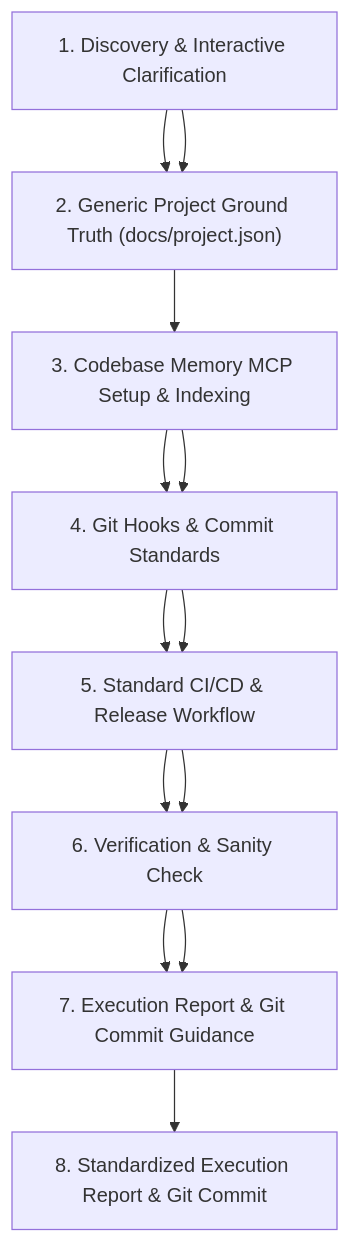
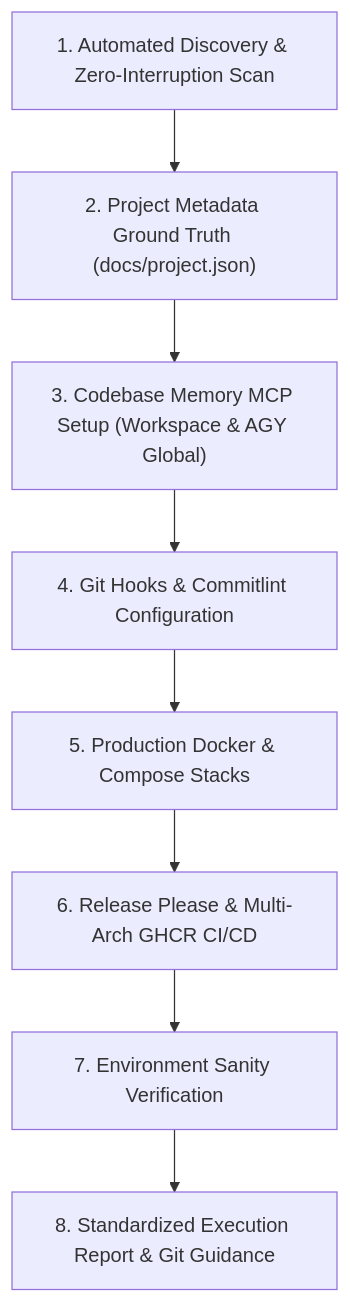
The diagram in .agents/skills/setup-repository/SKILL.md (BIGboss248/aminwebsite), drawn with Mermaid before and after one commit. The commit also changed other lines of this file and 1 other file, not shown here.

````diff
--- a/.agents/skills/setup-repository/SKILL.md
+++ b/.agents/skills/setup-repository/SKILL.md
@@ -26,15 +17,10 @@
 ```mermaid
 flowchart TD
     A["1. Automated Discovery & Zero-Interruption Scan"] --> B["2. Project Metadata Ground Truth (docs/project.json)"]
-    A["1. Discovery & Interactive Clarification"] --> B["2. Generic Project Ground Truth (docs/project.json)"]
-    B --> C["3. Codebase Memory MCP Setup & Indexing"]
+    B --> C["3. Codebase Memory MCP Setup (Workspace & AGY Global)"]
     C --> D["4. Git Hooks & Commitlint Configuration"]
     D --> E["5. Production Docker & Compose Stacks"]
     E --> F["6. Release Please & Multi-Arch GHCR CI/CD"]
     F --> G["7. Environment Sanity Verification"]
-    G --> H["8. Standardized Execution Report & Git Commit"]
-    C --> D["4. Git Hooks & Commit Standards"]
-    D --> E["5. Standard CI/CD & Release Workflow"]
-    E --> F["6. Verification & Sanity Check"]
-    F --> G["7. Execution Report & Git Commit Guidance"]
+    G --> H["8. Standardized Execution Report & Git Guidance"]
 ```
````
